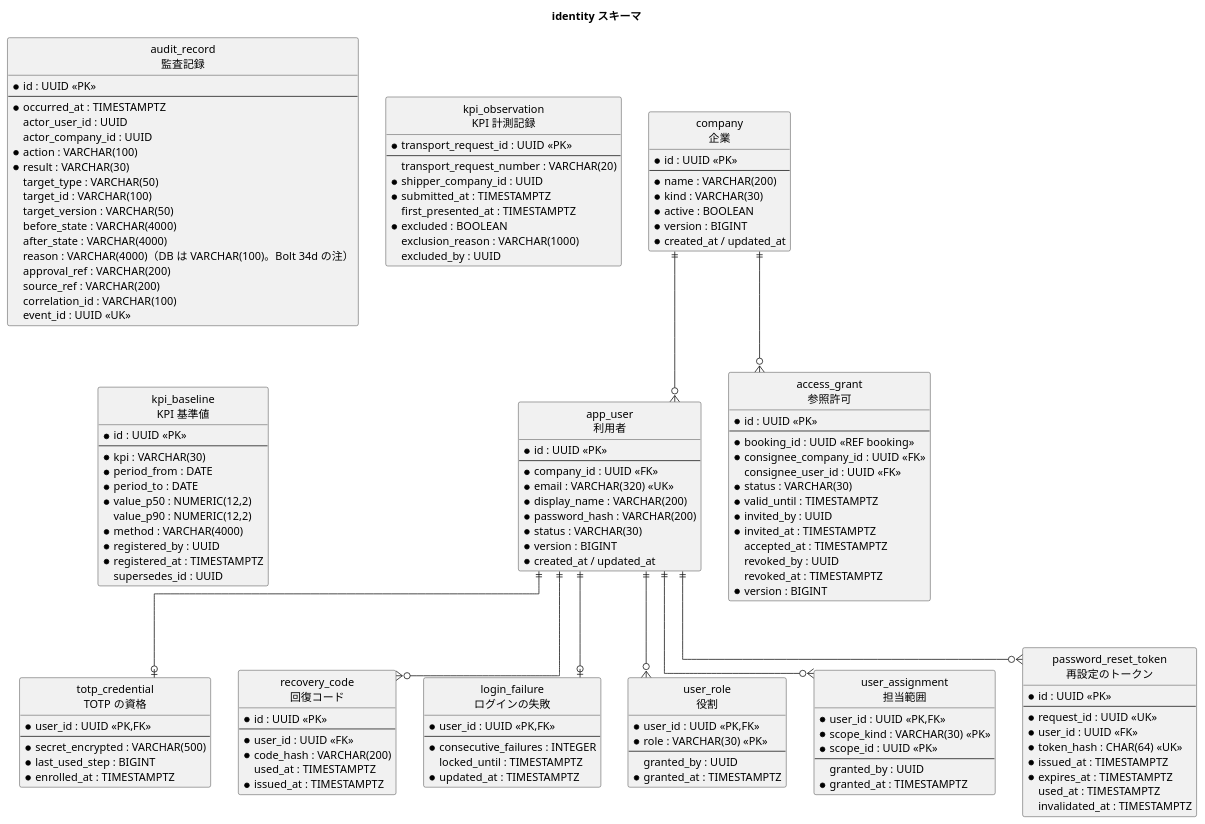
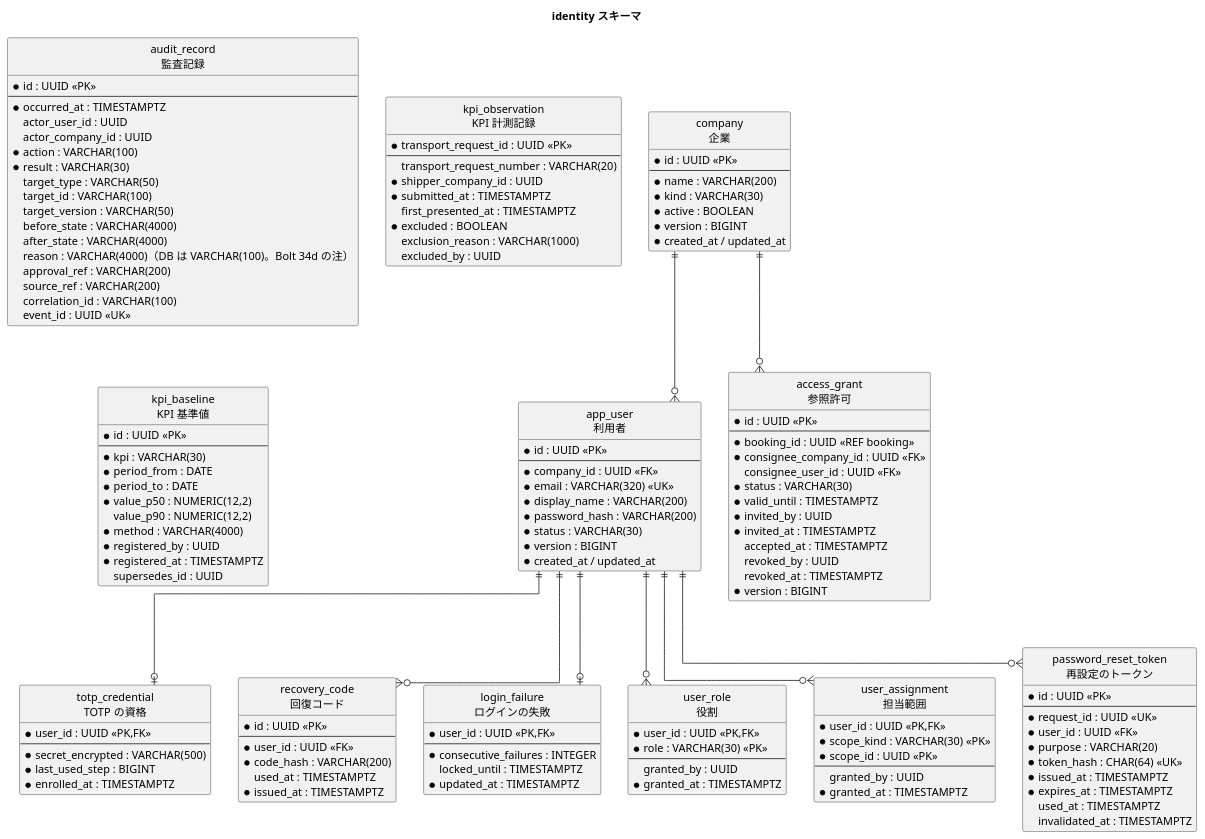
Before and after one commit to k2works/practical-domain-driven-design-in-enterpris-application: the sixth of 8 diagrams in docs/design/cargo-tracker/data_model.md, drawn with PlantUML. The commit also changed other lines of this file and 28 other files, not shown here.

```diff
--- a/docs/design/cargo-tracker/data_model.md
+++ b/docs/design/cargo-tracker/data_model.md
@@ -886,6 +886,7 @@
   --
   * request_id : UUID <<UK>>
   * user_id : UUID <<FK>>
+  * purpose : VARCHAR(20)
   * token_hash : CHAR(64) <<UK>>
   * issued_at : TIMESTAMPTZ
   * expires_at : TIMESTAMPTZ
```
